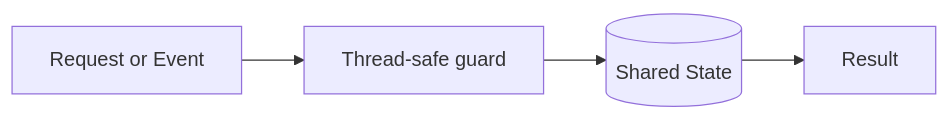
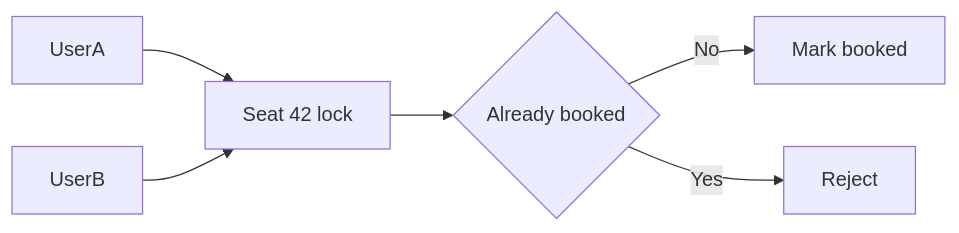
One commit to mthaiseer/springcloud-systemdesign-notes changed diagram 16 of 29 in HLD_NOTES/003_TECHNOLOGY_DEEP_DIVE/core-java/java_concurrency_visual_reference.md. Above: the diagram before and after it, drawn with Mermaid. The commit also changed other lines of this file, not shown here.

````diff
--- a/HLD_NOTES/003_TECHNOLOGY_DEEP_DIVE/core-java/java_concurrency_visual_reference.md
+++ b/HLD_NOTES/003_TECHNOLOGY_DEEP_DIVE/core-java/java_concurrency_visual_reference.md
@@ -1003,6 +915,8 @@
 ```mermaid
 flowchart LR
-    Input[Request or Event] --> Guard[Thread-safe guard]
-    Guard --> State[(Shared State)]
-    State --> Output[Result]
+    UserA --> Seat[Seat 42 lock]
+    UserB --> Seat
+    Seat --> Sold{Already booked}
+    Sold -- No --> Book[Mark booked]
+    Sold -- Yes --> Fail[Reject]
 ```
````
